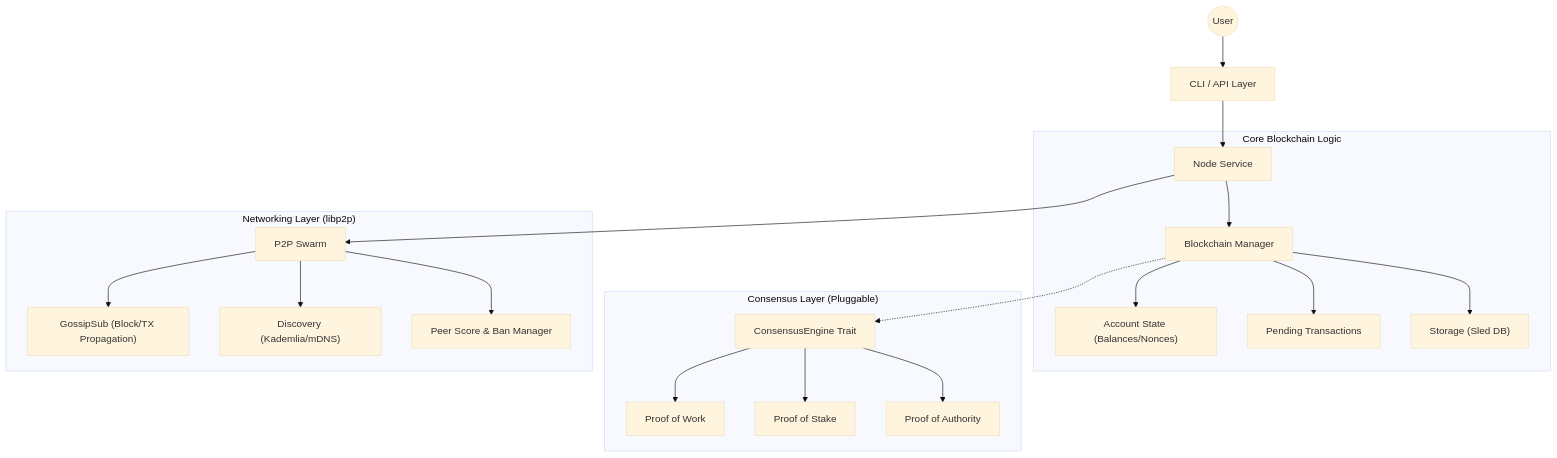
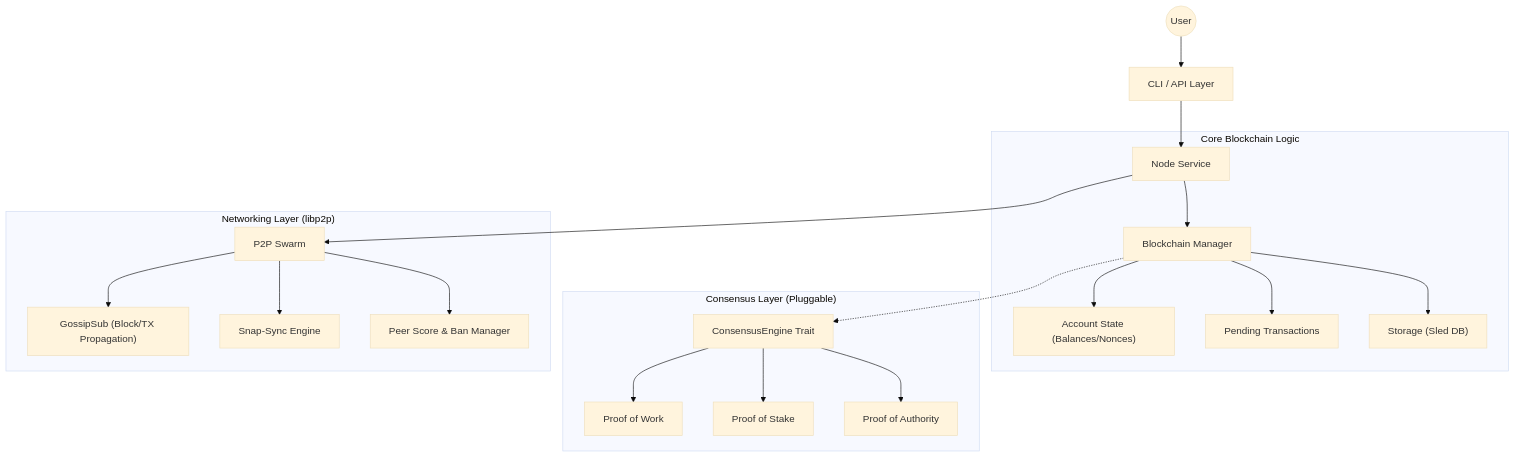
The diagram in README.md (Budlum/blockhain-core), drawn with Mermaid (base theme) before and after one commit. The commit also changed other lines of this file and 19 other files, not shown here.

Commit message:
feat(core): implement mainnet hardening phase with snap-sync, token-bucket rate limiting, RANDAO pos selection, and strict tx/genesis validation

````diff
--- a/README.md
+++ b/README.md
@@ -28,26 +30,26 @@
 ```mermaid
 graph TD
     User((User)) --> CLI[CLI / API Layer]
     CLI --> Node[Node Service]
     
     subgraph "Core Blockchain Logic"
         Node --> Chain[Blockchain Manager]
         Chain --> State["Account State (Balances/Nonces)"]
         Chain --> Mempool[Pending Transactions]
         Chain --> Store["Storage (Sled DB)"]
     end
 
     subgraph "Consensus Layer (Pluggable)"
         Chain -.-> Engine[ConsensusEngine Trait]
         Engine --> PoW[Proof of Work]
         Engine --> PoS[Proof of Stake]
         Engine --> PoA[Proof of Authority]
     end
 
     subgraph "Networking Layer (libp2p)"
         Node --> Swarm[P2P Swarm]
         Swarm --> Gossip["GossipSub (Block/TX Propagation)"]
-        Swarm --> Disc["Discovery (Kademlia/mDNS)"]
+        Swarm --> Sync["Snap-Sync Engine"]
         Swarm --> PeerMgr[Peer Score & Ban Manager]
     end
 ```
````
